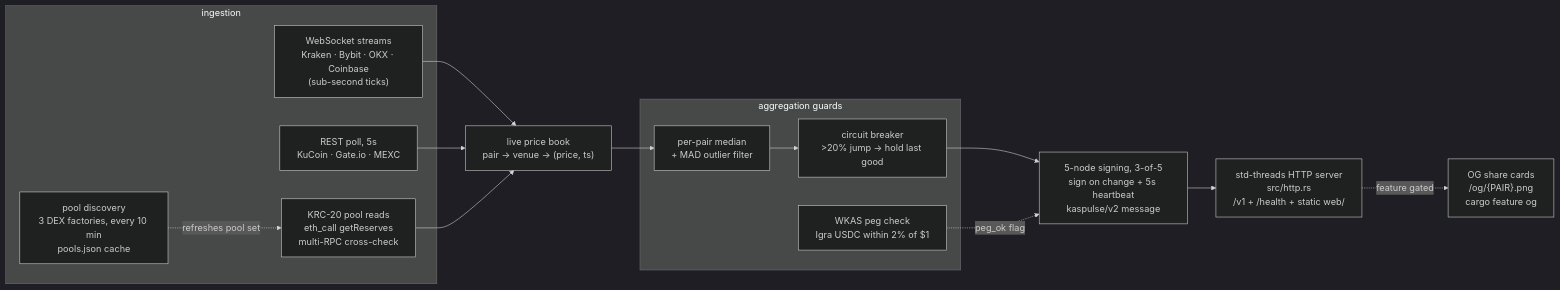
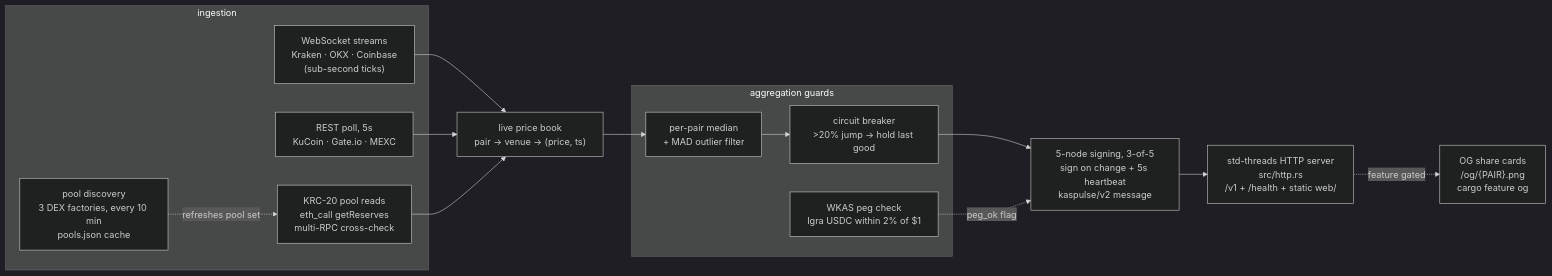
Before and after one commit to Knitser/kaspulse: the diagram in docs/ARCHITECTURE.md, drawn with Mermaid (dark theme). The commit also changed other lines of this file and 49 other files, not shown here.

````diff
--- a/docs/ARCHITECTURE.md
+++ b/docs/ARCHITECTURE.md
@@ -8,26 +8,26 @@
 ```mermaid
 flowchart LR
     subgraph ingest["ingestion"]
-        WS["WebSocket streams<br/>Kraken · Bybit · OKX · Coinbase<br/>(sub-second ticks)"]
+        WS["WebSocket streams<br/>Kraken · OKX · Coinbase<br/>(sub-second ticks)"]
         REST["REST poll, 5s<br/>KuCoin · Gate.io · MEXC"]
         POOLS["KRC-20 pool reads<br/>eth_call getReserves<br/>multi-RPC cross-check"]
         DISC["pool discovery<br/>3 DEX factories, every 10 min<br/>pools.json cache"]
     end
     BOOK["live price book<br/>pair → venue → (price, ts)"]
     subgraph agg["aggregation guards"]
         MAD["per-pair median<br/>+ MAD outlier filter"]
         CB["circuit breaker<br/>>20% jump → hold last good"]
         PEG["WKAS peg check<br/>Igra USDC within 2% of $1"]
     end
     SIGN["5-node signing, 3-of-5<br/>sign on change + 5s heartbeat<br/>kaspulse/v2 message"]
     HTTP["std-threads HTTP server<br/>src/http.rs<br/>/v1 + /health + static web/"]
     OG["OG share cards<br/>/og/{PAIR}.png<br/>cargo feature og"]
     WS --> BOOK
     REST --> BOOK
     POOLS --> BOOK
     DISC -. refreshes pool set .-> POOLS
     BOOK --> MAD --> CB --> SIGN
     PEG -. peg_ok flag .-> SIGN
     SIGN --> HTTP
     HTTP -. feature gated .-> OG
 ```
````
